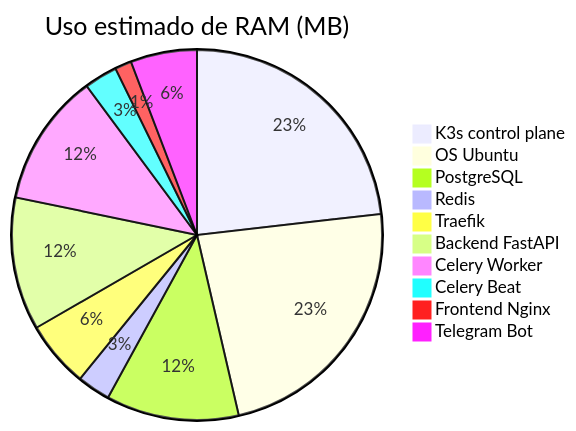
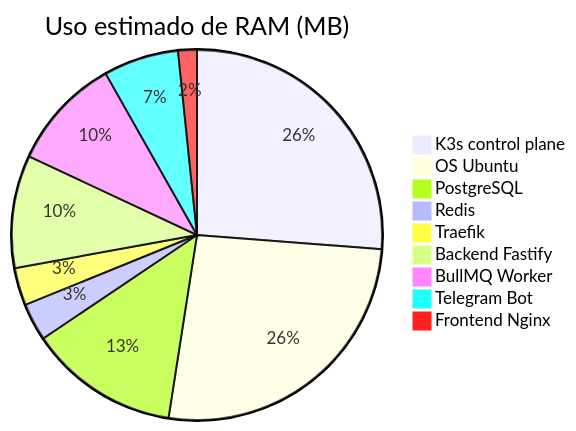
Before and after one commit to root-jeff/Sotang-Documentation: the third of 3 diagrams in arquitectura/overview.md, drawn with Mermaid. The commit also changed other lines of this file and 17 other files, not shown here.

````diff
--- a/arquitectura/overview.md
+++ b/arquitectura/overview.md
@@ -73,13 +107,12 @@
 ```mermaid
 pie title Uso estimado de RAM (MB)
     "K3s control plane" : 512
     "OS Ubuntu" : 512
     "PostgreSQL" : 256
     "Redis" : 64
-    "Traefik" : 128
-    "Backend FastAPI" : 256
-    "Celery Worker" : 256
-    "Celery Beat" : 64
+    "Traefik" : 64
+    "Backend Fastify" : 192
+    "BullMQ Worker" : 192
+    "Telegram Bot" : 128
     "Frontend Nginx" : 32
-    "Telegram Bot" : 128
 ```
````
